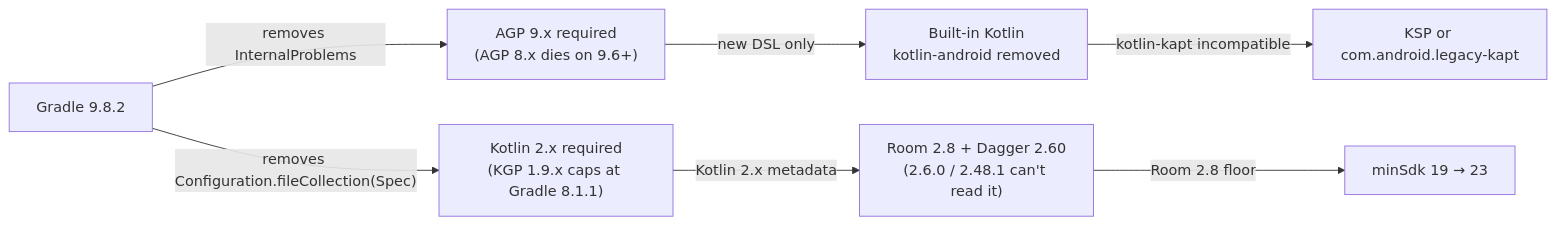
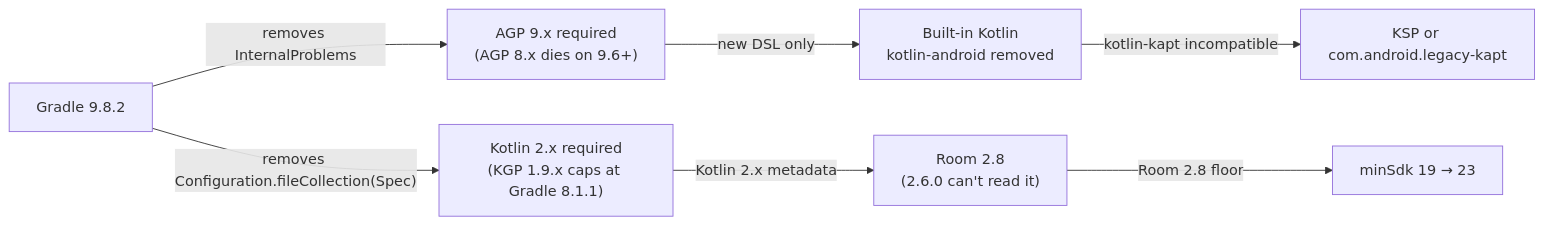
Before and after one commit to rsiebert/TVHClient: the diagram in migration_requirements.md, drawn with Mermaid. The commit also changed other lines of this file, not shown here.

Commit message:
docs: update migration plan (Dagger, drawer, material-dialogs done)

````diff
--- a/migration_requirements.md
+++ b/migration_requirements.md
@@ -11,9 +12,9 @@
 ```mermaid
 graph LR
   G["Gradle 9.8.2"] -->|"removes InternalProblems"| A["AGP 9.x required<br/>(AGP 8.x dies on 9.6+)"]
   G -->|"removes Configuration.fileCollection(Spec)"| K["Kotlin 2.x required<br/>(KGP 1.9.x caps at Gradle 8.1.1)"]
   A -->|"new DSL only"| BK["Built-in Kotlin<br/>kotlin-android removed"]
   BK -->|"kotlin-kapt incompatible"| KSP["KSP or com.android.legacy-kapt"]
-  K -->|"Kotlin 2.x metadata"| RD["Room 2.8 + Dagger 2.60<br/>(2.6.0 / 2.48.1 can't read it)"]
+  K -->|"Kotlin 2.x metadata"| RD["Room 2.8<br/>(2.6.0 can't read it)"]
   RD -->|"Room 2.8 floor"| MS["minSdk 19 → 23"]
 ```
````
